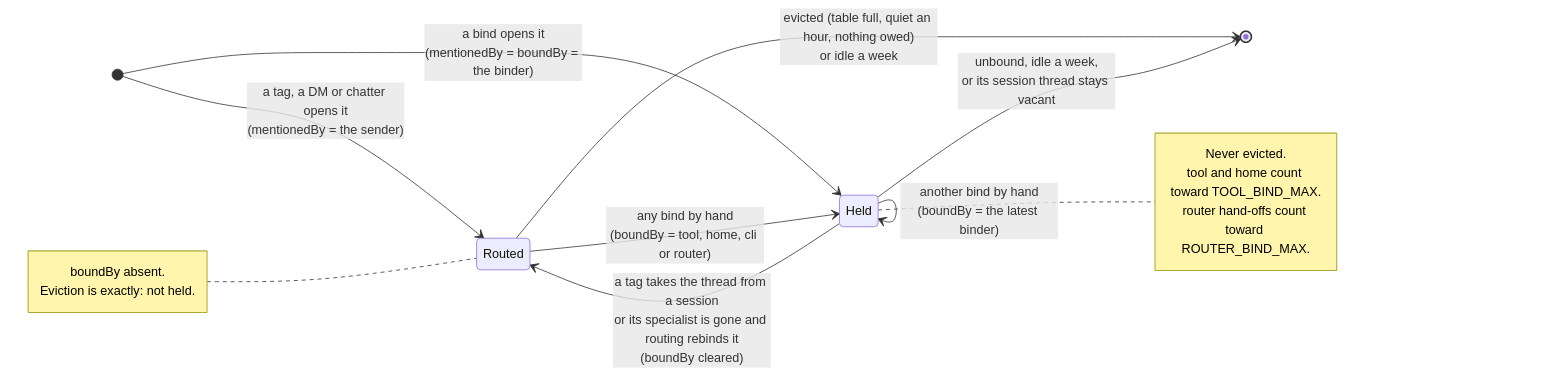
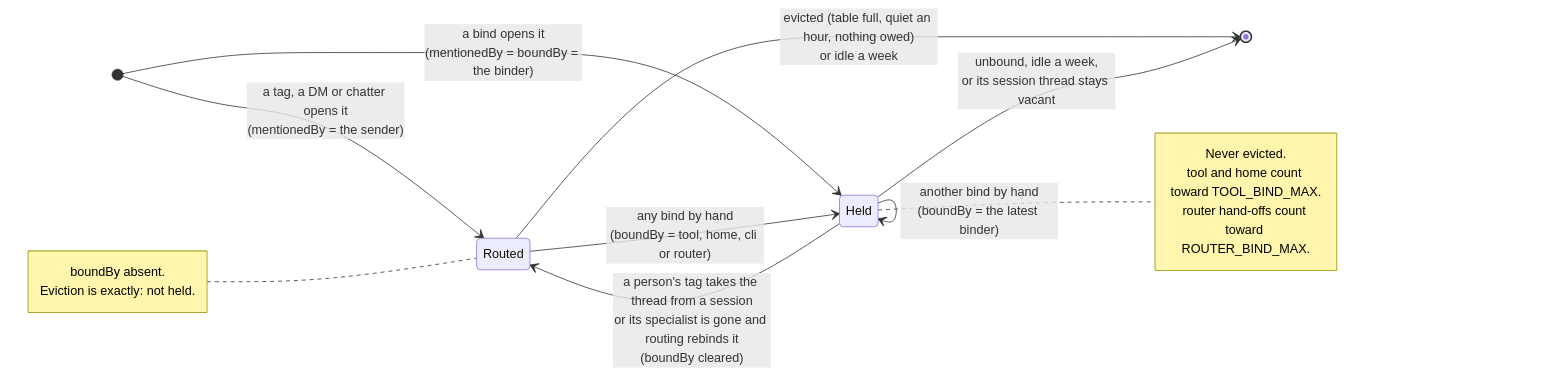
Before and after one commit to sf8193/hydra: the diagram in diagrams/slack-conversation-holding.mmd, drawn with Mermaid. The commit also changed 33 other files, not shown here.

```diff
--- a/diagrams/slack-conversation-holding.mmd
+++ b/diagrams/slack-conversation-holding.mmd
@@ -1,21 +1,21 @@
 stateDiagram-v2
     direction LR
     [*] --> Routed: a tag, a DM or chatter opens it<br/>(mentionedBy = the sender)
     [*] --> Held: a bind opens it<br/>(mentionedBy = boundBy = the binder)
 
     Routed --> Held: any bind by hand<br/>(boundBy = tool, home, cli or router)
     Held --> Held: another bind by hand<br/>(boundBy = the latest binder)
-    Held --> Routed: a tag takes the thread from a session<br/>or its specialist is gone and routing rebinds it<br/>(boundBy cleared)
+    Held --> Routed: a person's tag takes the thread from a session<br/>or its specialist is gone and routing rebinds it<br/>(boundBy cleared)
 
     Routed --> [*]: evicted (table full, quiet an hour, nothing owed)<br/>or idle a week
     Held --> [*]: unbound, idle a week,<br/>or its session thread stays vacant
 
     note right of Held
         Never evicted.
         tool and home count toward TOOL_BIND_MAX.
         router hand-offs count toward ROUTER_BIND_MAX.
     end note
     note left of Routed
         boundBy absent.
         Eviction is exactly: not held.
     end note
```
